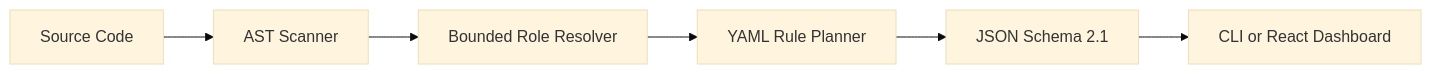
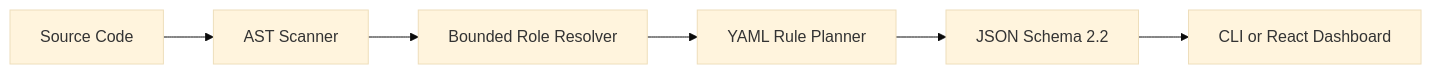
One commit to Ratneshp1122/PQMigrate changed the diagram in README.md. Above: the diagram before and after it, drawn with Mermaid (base theme). The commit also changed other lines of this file and 13 other files, not shown here.

````diff
--- a/README.md
+++ b/README.md
@@ -24,8 +25,8 @@
 ```mermaid
 graph LR
     A[Source Code] --> B[AST Scanner]
     B --> C[Bounded Role Resolver]
     C --> D[YAML Rule Planner]
-    D --> E[JSON Schema 2.1]
+    D --> E[JSON Schema 2.2]
     E --> F[CLI or React Dashboard]
 ```
````
